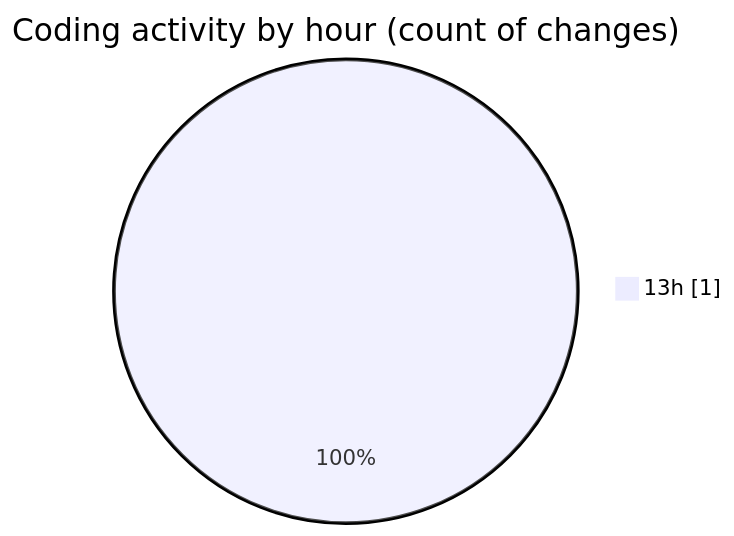
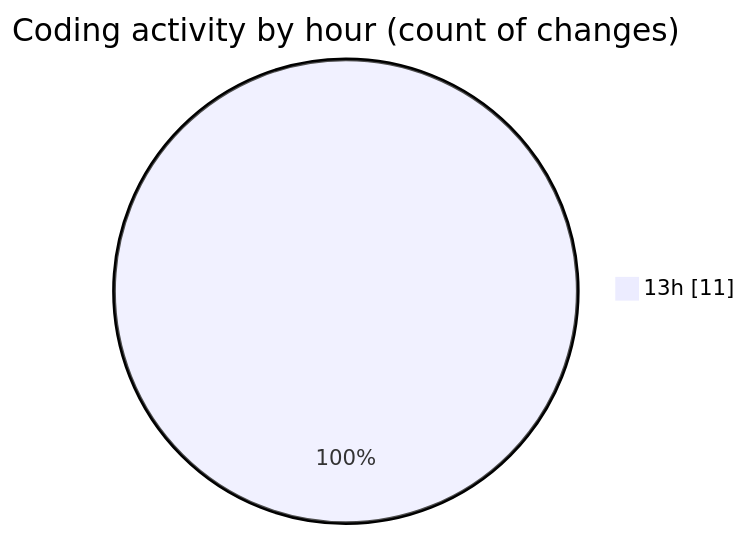
Before and after one commit to charlie-sans/code-tracking: the second of 2 diagrams in 2025-02-23/codepack/README.md, drawn with Mermaid. The commit also changed other lines of this file and 1 other file, not shown here.

````diff
--- a/2025-02-23/codepack/README.md
+++ b/2025-02-23/codepack/README.md
@@ -28,5 +30,5 @@
 ```mermaid
 pie showData
 title Coding activity by hour (count of changes)
-"13h" : 1
+"13h" : 11
 ```
````
